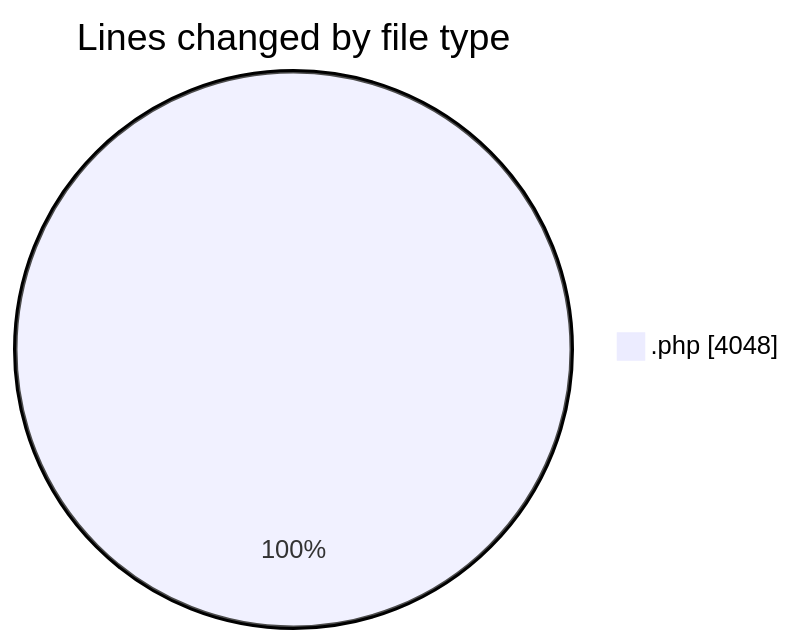
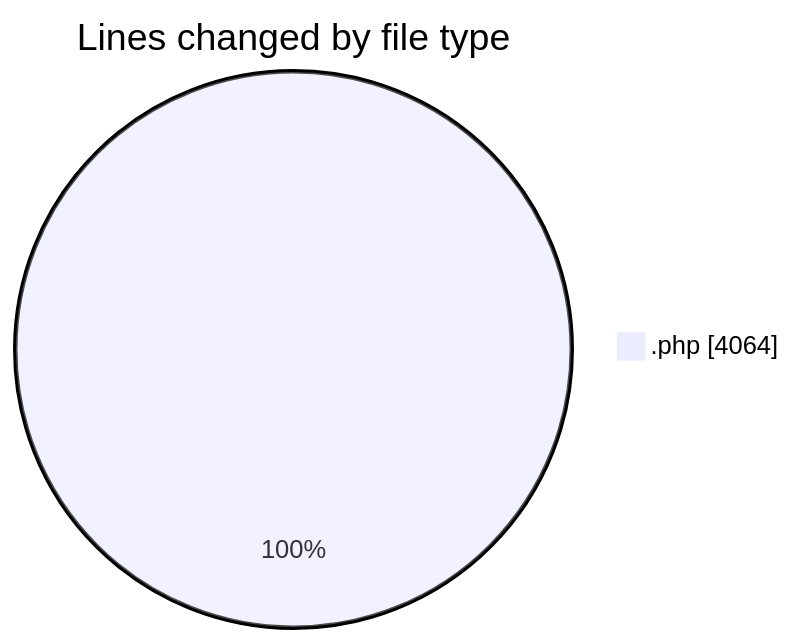
Before and after one commit to debugP/code-tracking: the first of 2 diagrams in 2025-10-03/untitled__workspace_/README.md, drawn with Mermaid. The commit also changed other lines of this file and 1 other file, not shown here.

````diff
--- a/2025-10-03/untitled__workspace_/README.md
+++ b/2025-10-03/untitled__workspace_/README.md
@@ -21,5 +21,5 @@
 ```mermaid
 pie showData
 title Lines changed by file type
-".php" : 4048
+".php" : 4064
 ```
````
